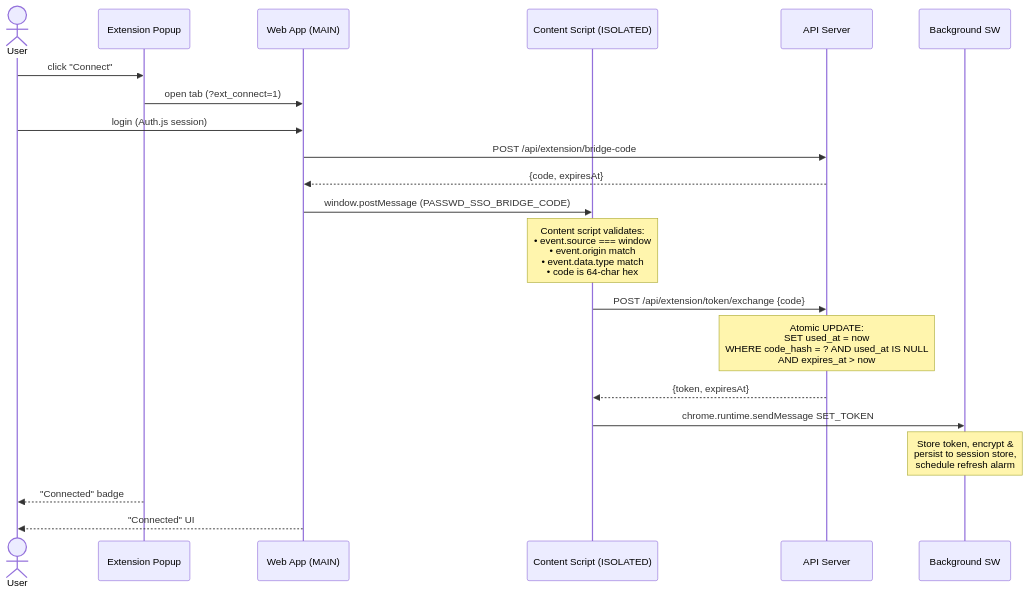
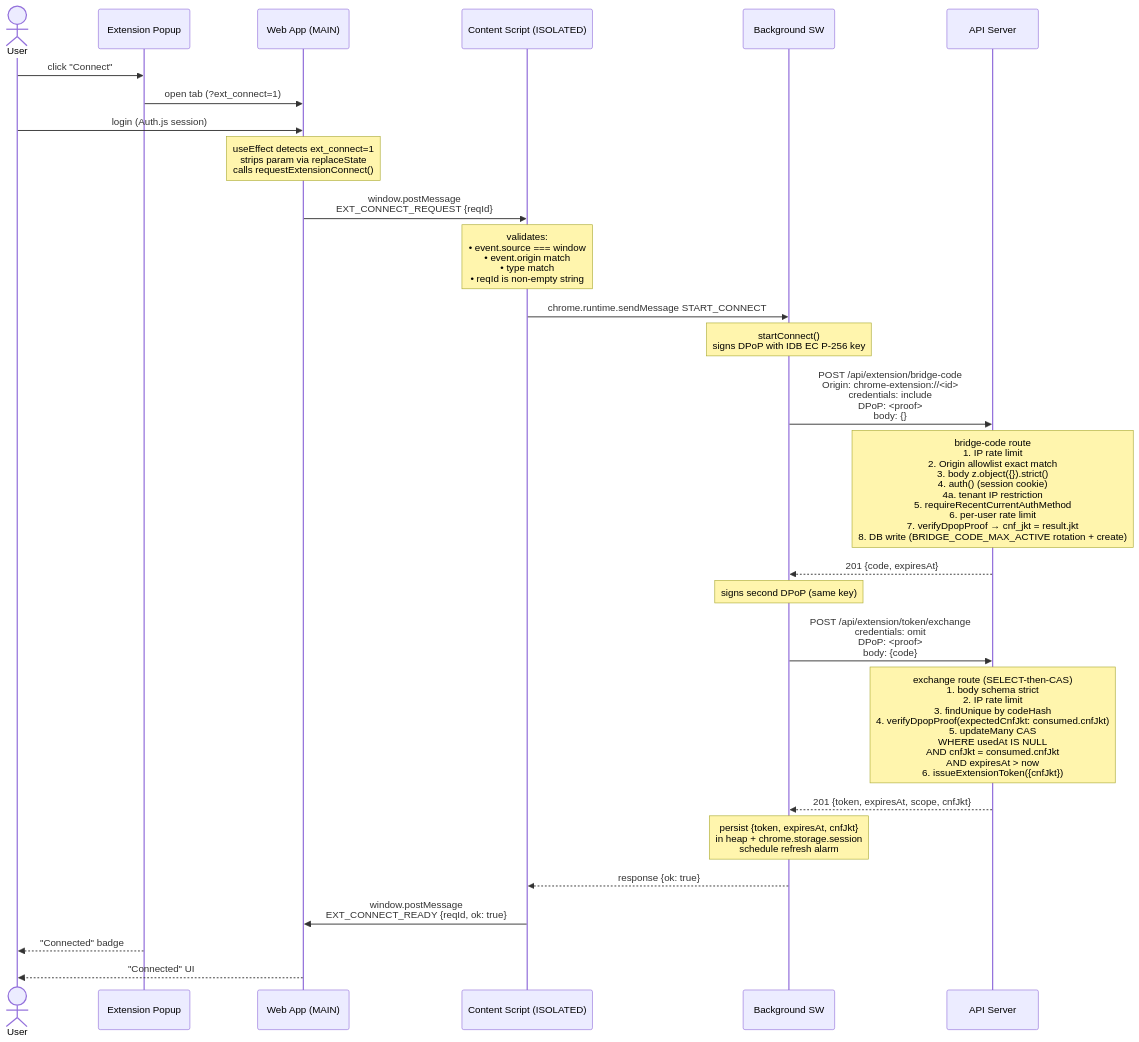
One commit to ngc-shj/passwd-sso changed the second of 6 diagrams in docs/architecture/extension-token-bridge.md. Above: the diagram before and after it, drawn with Mermaid. The commit also changed other lines of this file, not shown here.

````diff
--- a/docs/architecture/extension-token-bridge.md
+++ b/docs/architecture/extension-token-bridge.md
@@ -48,28 +64,41 @@
 ```mermaid
 sequenceDiagram
     actor User
     participant Popup as Extension Popup
     participant WebApp as Web App (MAIN)
     participant CS as Content Script (ISOLATED)
+    participant SW as Background SW
     participant API as API Server
-    participant BG as Background SW
 
     User ->> Popup: click "Connect"
     Popup ->> WebApp: open tab (?ext_connect=1)
     User ->> WebApp: login (Auth.js session)
-    WebApp ->> API: POST /api/extension/bridge-code
-    API -->> WebApp: {code, expiresAt}
-    WebApp ->> CS: window.postMessage (PASSWD_SSO_BRIDGE_CODE)
 
-    Note over CS: Content script validates:<br/>• event.source === window<br/>• event.origin match<br/>• event.data.type match<br/>• code is 64-char hex
+    Note over WebApp: useEffect detects ext_connect=1<br/>strips param via replaceState<br/>calls requestExtensionConnect()
 
-    CS ->> API: POST /api/extension/token/exchange {code}
-    Note over API: Atomic UPDATE:<br/>SET used_at = now<br/>WHERE code_hash = ? AND used_at IS NULL<br/>AND expires_at > now
-    API -->> CS: {token, expiresAt}
+    WebApp ->> CS: window.postMessage<br/>EXT_CONNECT_REQUEST {reqId}
+    Note over CS: validates:<br/>• event.source === window<br/>• event.origin match<br/>• type match<br/>• reqId is non-empty string
+    CS ->> SW: chrome.runtime.sendMessage START_CONNECT
 
-    CS ->> BG: chrome.runtime.sendMessage SET_TOKEN
-    Note over BG: Store token, encrypt &<br/>persist to session store,<br/>schedule refresh alarm
+    Note over SW: startConnect()<br/>signs DPoP with IDB EC P-256 key
+    SW ->> API: POST /api/extension/bridge-code<br/>Origin: chrome-extension://<id><br/>credentials: include<br/>DPoP: <proof><br/>body: {}
+
+    Note over API: bridge-code route<br/>1. IP rate limit<br/>2. Origin allowlist exact match<br/>3. body z.object({}).strict()<br/>4. auth() (session cookie)<br/>4a. tenant IP restriction<br/>5. requireRecentCurrentAuthMethod<br/>6. per-user rate limit<br/>7. verifyDpopProof → cnf_jkt = result.jkt<br/>8. DB write (BRIDGE_CODE_MAX_ACTIVE rotation + create)
+
+    API -->> SW: 201 {code, expiresAt}
+
+    Note over SW: signs second DPoP (same key)
+    SW ->> API: POST /api/extension/token/exchange<br/>credentials: omit<br/>DPoP: <proof><br/>body: {code}
+
+    Note over API: exchange route (SELECT-then-CAS)<br/>1. body schema strict<br/>2. IP rate limit<br/>3. findUnique by codeHash<br/>4. verifyDpopProof(expectedCnfJkt: consumed.cnfJkt)<br/>5. updateMany CAS<br/>   WHERE usedAt IS NULL<br/>     AND cnfJkt = consumed.cnfJkt<br/>     AND expiresAt > now<br/>6. issueExtensionToken({cnfJkt})
+
+    API -->> SW: 201 {token, expiresAt, scope, cnfJkt}
+
+    Note over SW: persist {token, expiresAt, cnfJkt}<br/>in heap + chrome.storage.session<br/>schedule refresh alarm
+
+    SW -->> CS: response {ok: true}
+    CS ->> WebApp: window.postMessage<br/>EXT_CONNECT_READY {reqId, ok: true}
 
     Popup -->> User: "Connected" badge
     WebApp -->> User: "Connected" UI
 ```
````
